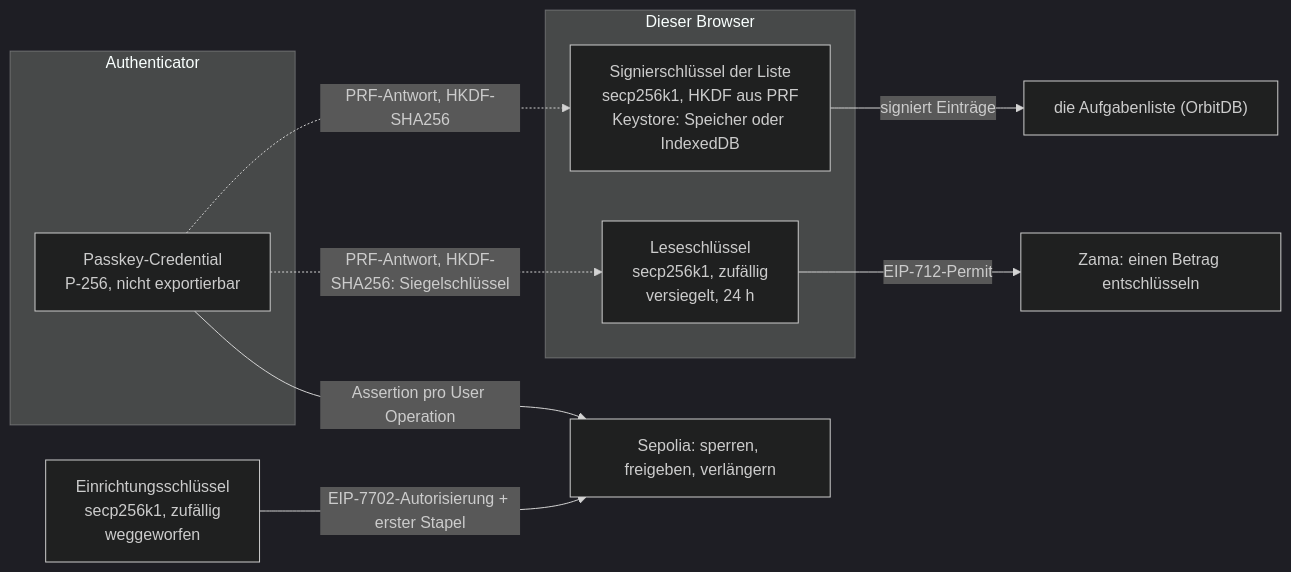
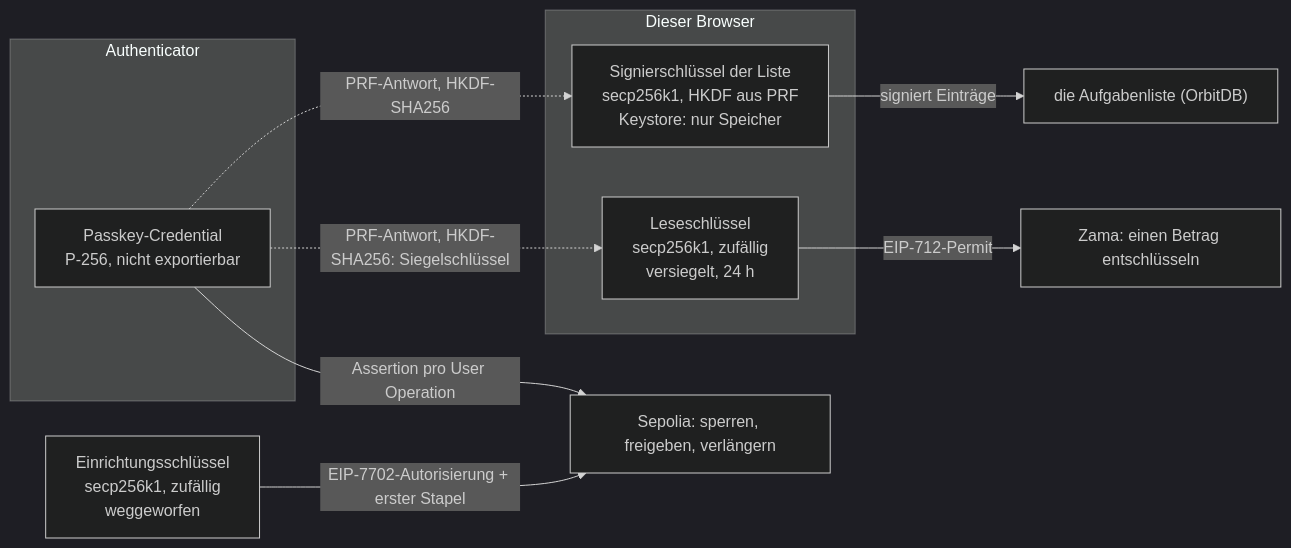
One commit to Le-Space/simple-todo changed the diagram in apps/escrow01/docs/keys.de.md. Above: the diagram before and after it, drawn with Mermaid (dark theme). The commit also changed other lines of this file and 3 other files, not shown here.

````diff
--- a/apps/escrow01/docs/keys.de.md
+++ b/apps/escrow01/docs/keys.de.md
@@ -54,17 +54,17 @@
 ```mermaid
 flowchart LR
   subgraph hw["Authenticator"]
     cred["Passkey-Credential<br/>P-256, nicht exportierbar"]
   end
   subgraph browser["Dieser Browser"]
-    sign["Signierschlüssel der Liste<br/>secp256k1, HKDF aus PRF<br/>Keystore: Speicher oder IndexedDB"]
+    sign["Signierschlüssel der Liste<br/>secp256k1, HKDF aus PRF<br/>Keystore: nur Speicher"]
     read["Leseschlüssel<br/>secp256k1, zufällig<br/>versiegelt, 24 h"]
   end
   setup["Einrichtungsschlüssel<br/>secp256k1, zufällig<br/>weggeworfen"]
   cred -->|"Assertion pro User Operation"| chain["Sepolia: sperren, freigeben, verlängern"]
   cred -.->|"PRF-Antwort, HKDF-SHA256"| sign
   sign -->|"signiert Einträge"| list["die Aufgabenliste (OrbitDB)"]
   setup -->|"EIP-7702-Autorisierung + erster Stapel"| chain
   cred -.->|"PRF-Antwort, HKDF-SHA256: Siegelschlüssel"| read
   read -->|"EIP-712-Permit"| zama["Zama: einen Betrag entschlüsseln"]
 ```
````
